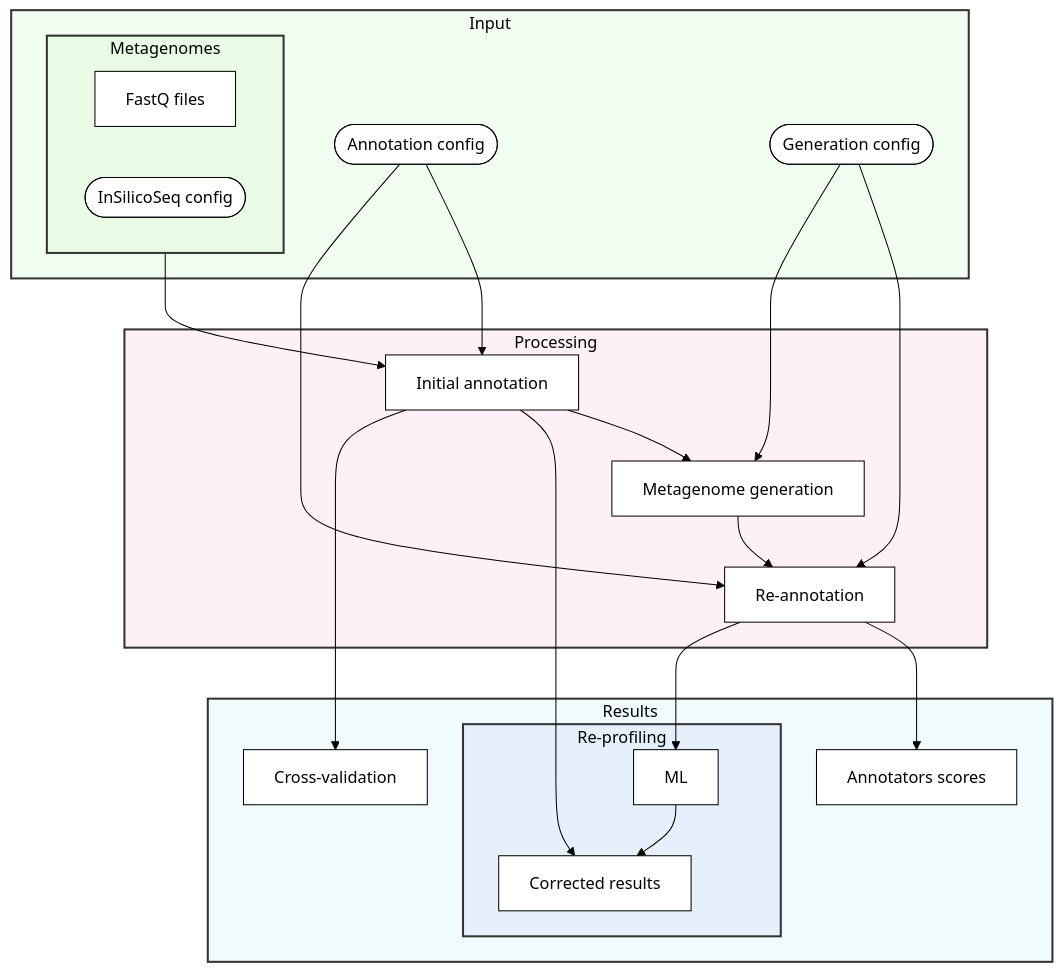
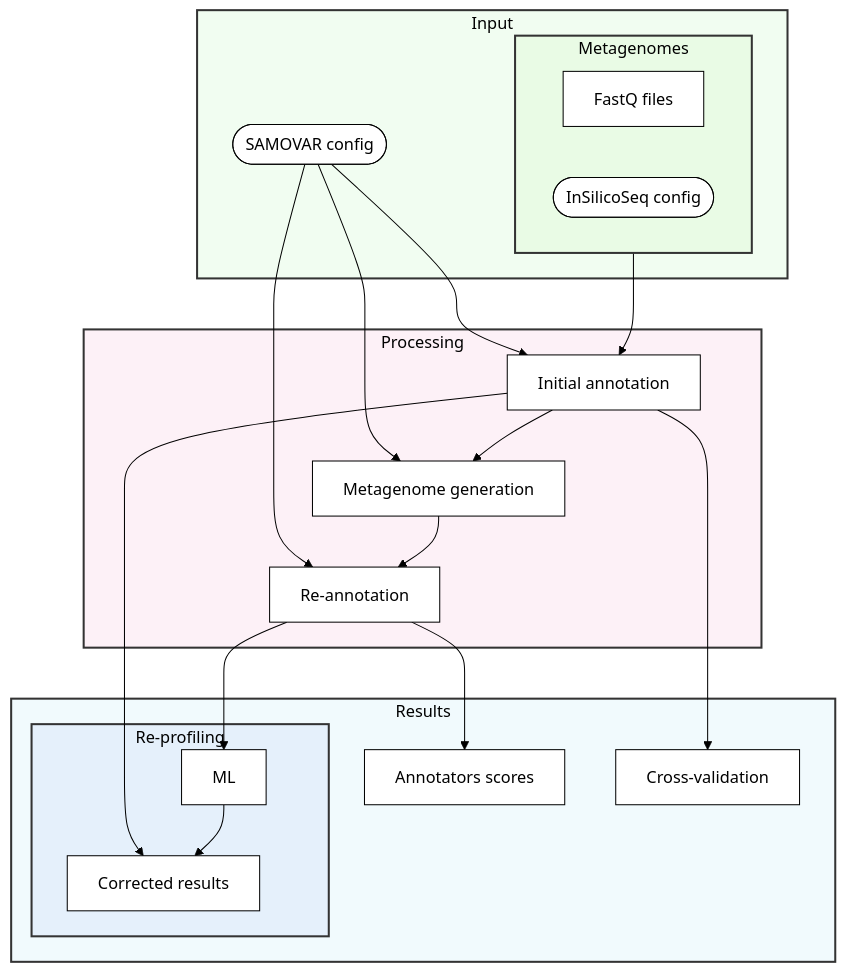
One commit to ctlab/samovar changed the first of 3 diagrams in README.md. Above: the diagram before and after it, drawn with Mermaid. The commit also changed other lines of this file, not shown here.

Commit message:
version 0.9.0

````diff
--- a/README.md
+++ b/README.md
@@ -80,38 +80,37 @@
 ```mermaid
 %%{init: {'theme': 'base', 'themeVariables': { 'fontSize': '16px', 'fontFamily': 'arial', 'primaryColor': '#fff', 'primaryTextColor': '#000', 'primaryBorderColor': '#000', 'lineColor': '#000', 'secondaryColor': '#fff', 'tertiaryColor': '#fff'}}}%%
 graph TD
     subgraph Input
         subgraph Metagenomes
             A1[FastQ files]
             A2([InSilicoSeq config])
         end
-        A3([Annotation config])
-        A4([Generation config])
+        A3([SAMOVAR config])
     end
 
     subgraph Processing
         Metagenomes --> C[Initial annotation]
         A3 --> C
+        A3 --> F
+        A3 --> E[Metagenome generation]
         C --> E
         E --> F[Re-annotation]
-        A4 --> F
-        A4 --> E[Metagenome generation]
     end
-    A3 --> F
+    
 
     subgraph Results
         F --> G1[Annotators scores]
         F --> ML
         subgraph Re-profiling
             C --> R
             ML --> R[Corrected results]
         end
         C --> C1[Cross-validation]
     end
 
     style Input fill:#90ee9020,stroke:#333,stroke-width:2px
     style Metagenomes fill:#b2ee9020,stroke:#333,stroke-width:2px
     style Processing fill:#ee90bf20,stroke:#333,stroke-width:2px
     style Results fill:#90d8ee20,stroke:#333,stroke-width:2px
     style Re-profiling fill:#90a4ee20,stroke:#333,stroke-width:2px
 ```
````
